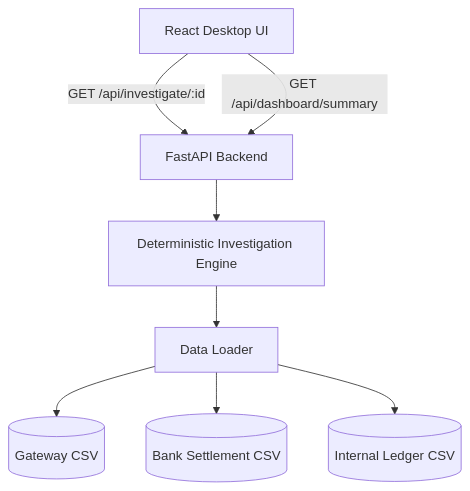
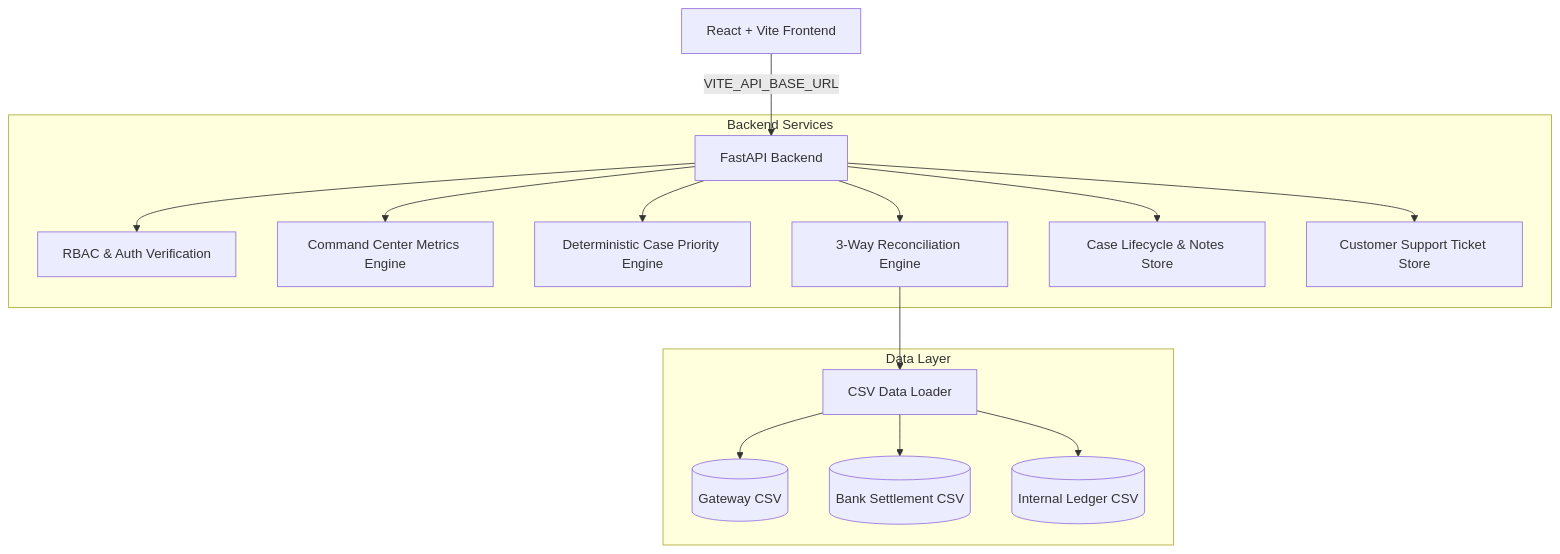
Before and after one commit to atharvbilaiya/PayTrace: the diagram in README.md, drawn with Mermaid. The commit also changed other lines of this file and 13 other files, not shown here.

````diff
--- a/README.md
+++ b/README.md
@@ -71,10 +92,20 @@
 ```mermaid
 graph TD
-    A[React Desktop UI] -->|GET /api/investigate/:id| B[FastAPI Backend]
-    A -->|GET /api/dashboard/summary| B
-    B --> C[Deterministic Investigation Engine]
-    C --> D[Data Loader]
-    D --> E[(Gateway CSV)]
-    D --> F[(Bank Settlement CSV)]
-    D --> G[(Internal Ledger CSV)]
+    Client[React + Vite Frontend] -->|VITE_API_BASE_URL| API[FastAPI Backend]
+    
+    subgraph Backend Services
+        API --> Auth[RBAC & Auth Verification]
+        API --> CommandCenter[Command Center Metrics Engine]
+        API --> PriorityEngine[Deterministic Case Priority Engine]
+        API --> Engine[3-Way Reconciliation Engine]
+        API --> CaseMgmt[Case Lifecycle & Notes Store]
+        API --> SupportStore[Customer Support Ticket Store]
+    end
+
+    subgraph Data Layer
+        Engine --> Loader[CSV Data Loader]
+        Loader --> GW[(Gateway CSV)]
+        Loader --> Bank[(Bank Settlement CSV)]
+        Loader --> Ledger[(Internal Ledger CSV)]
+    end
 ```
````
